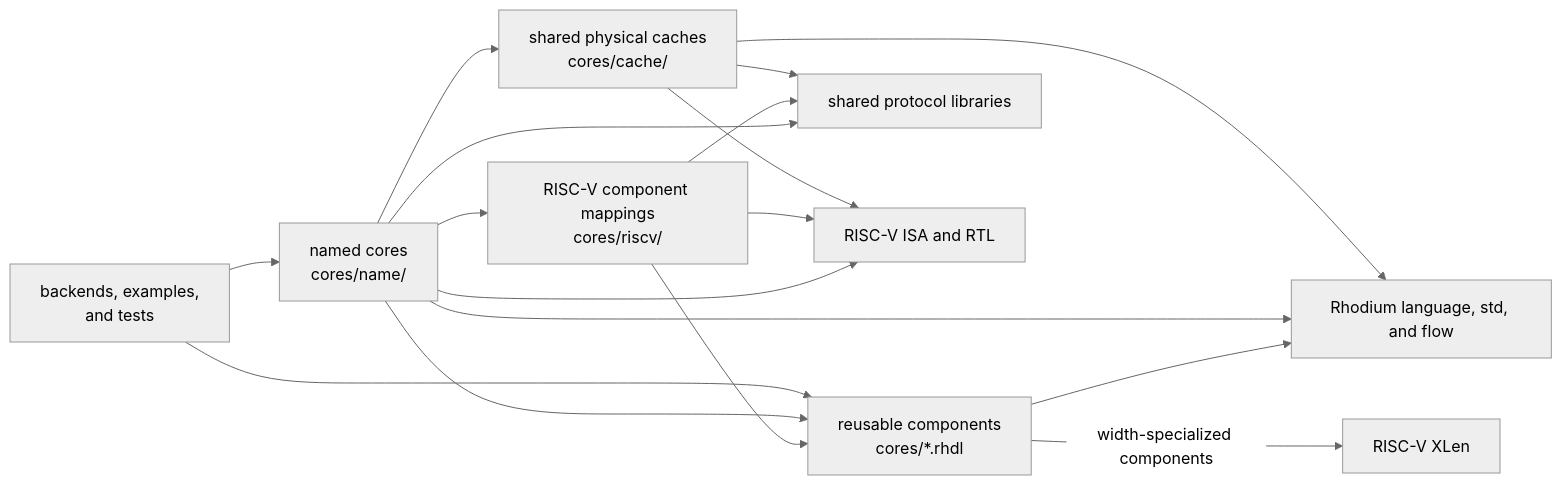
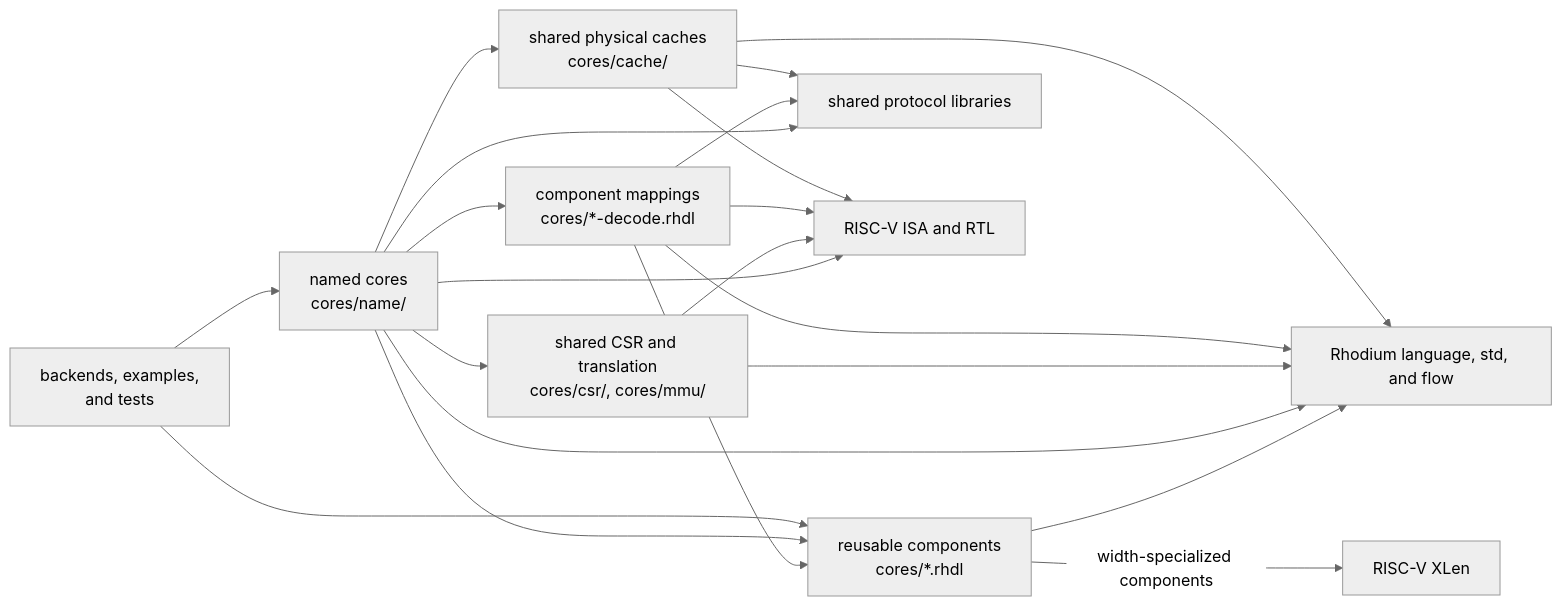
The diagram in cores/DEVELOPING.md (jerryz123/rhodium), drawn with Mermaid (neutral theme) before and after one commit. The commit also changed other lines of this file and 197 other files, not shown here.

````diff
--- a/cores/DEVELOPING.md
+++ b/cores/DEVELOPING.md
@@ -38,19 +44,23 @@
 ```mermaid
 flowchart LR
   Consumers["backends, examples,<br/>and tests"] --> Named["named cores<br/>cores/name/"]
   Consumers --> Reusable["reusable components<br/>cores/*.rhdl"]
   Named --> Reusable
   Named --> Cache["shared physical caches<br/>cores/cache/"]
   Cache --> Protocols
   Cache --> Riscv
   Cache --> Rhodium
-  Named --> Mapping["RISC-V component mappings<br/>cores/riscv/"]
+  Named --> Mapping["component mappings<br/>cores/*-decode.rhdl"]
   Mapping --> Reusable
   Mapping --> Riscv
   Mapping --> Protocols
+  Mapping --> Rhodium
+  Named --> State["shared CSR and translation<br/>cores/csr/, cores/mmu/"]
+  State --> Riscv
+  State --> Rhodium
   Named --> Riscv["RISC-V ISA and RTL"]
   Named --> Protocols["shared protocol libraries"]
   Named --> Rhodium["Rhodium language, std, and flow"]
   Reusable --> Rhodium
   Reusable -->|"width-specialized components"| Xlen["RISC-V XLen"]
 ```
````
